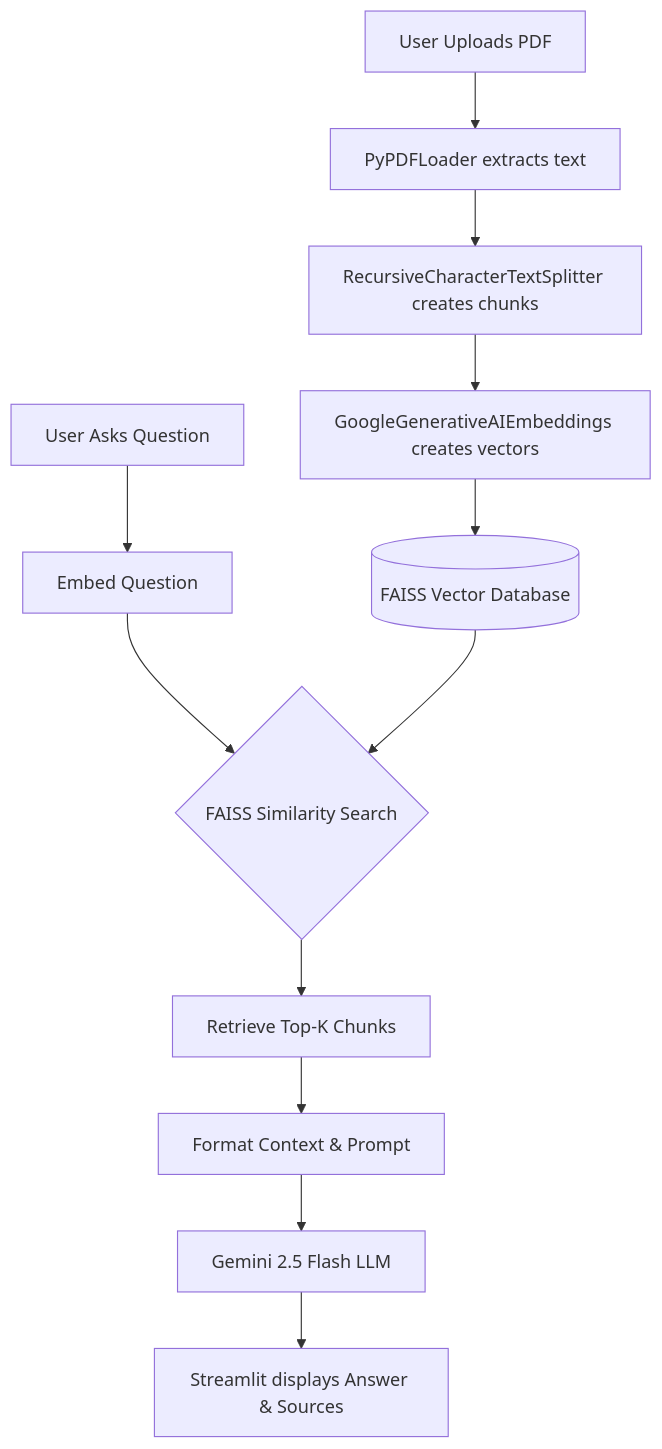
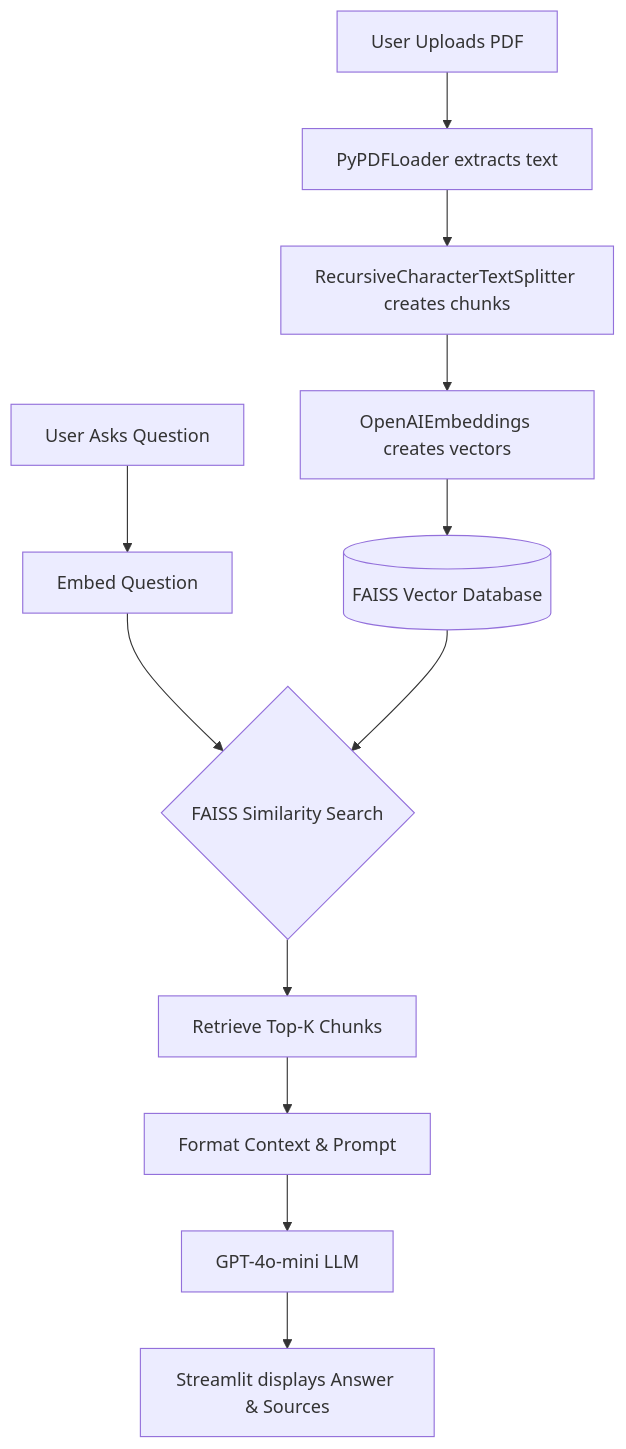
Before and after one commit to Shivaramakrishnaganji/PDF-Knowledge-Assistant: the diagram in README.md, drawn with Mermaid. The commit also changed other lines of this file and 6 other files, not shown here.

Commit message:
Refactor: Migrate from Google Gemini to OpenAI API (gpt-4.1-mini / text-embedding-3-small)

````diff
--- a/README.md
+++ b/README.md
@@ -33,15 +33,15 @@
 ```mermaid
 graph TD
     A[User Uploads PDF] --> B[PyPDFLoader extracts text]
     B --> C[RecursiveCharacterTextSplitter creates chunks]
-    C --> D[GoogleGenerativeAIEmbeddings creates vectors]
+    C --> D[OpenAIEmbeddings creates vectors]
     D --> E[(FAISS Vector Database)]
     
     F[User Asks Question] --> G[Embed Question]
     G --> H{FAISS Similarity Search}
     E --> H
     H --> I[Retrieve Top-K Chunks]
     I --> J[Format Context & Prompt]
-    J --> K[Gemini 2.5 Flash LLM]
+    J --> K[GPT-4o-mini LLM]
     K --> L[Streamlit displays Answer & Sources]
 ```
````
